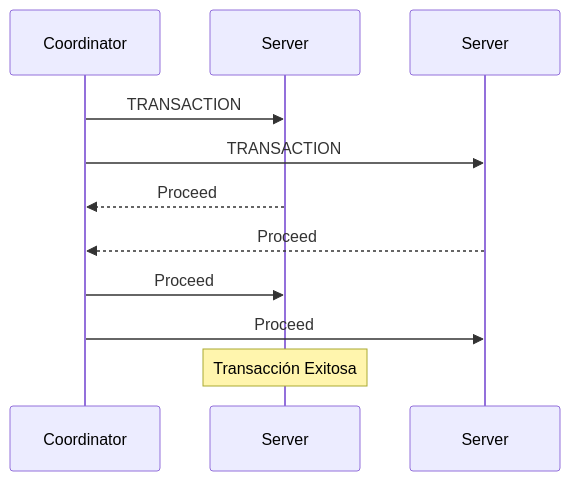
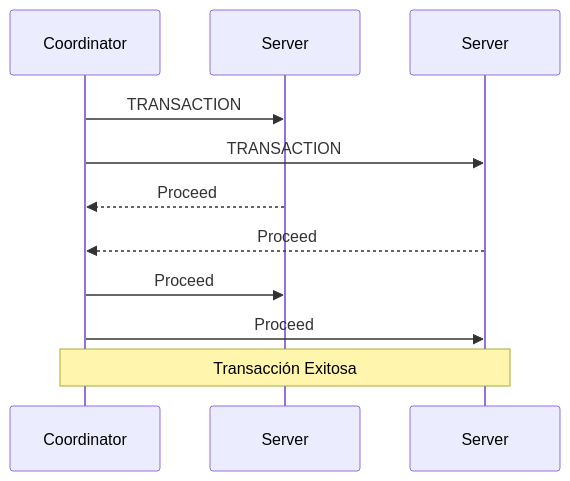
Before and after one commit to FacuMastri/concurrentes-tp2: the fifth of 11 diagrams in README.md, drawn with Mermaid. The commit also changed other lines of this file, not shown here.

````diff
--- a/README.md
+++ b/README.md
@@ -226,14 +228,14 @@
 ```mermaid
 sequenceDiagram
   participant co as Coordinator
   participant s1 as Server
   participant s2 as Server
 
   co ->> s1: TRANSACTION
   co ->> s2: TRANSACTION
   s1 -->> co: Proceed
   s2 -->> co: Proceed
   co ->> s1: Proceed
   co ->> s2: Proceed
-  note over s1: Transacción Exitosa
+  note over co,s2: Transacción Exitosa
 ```
````
